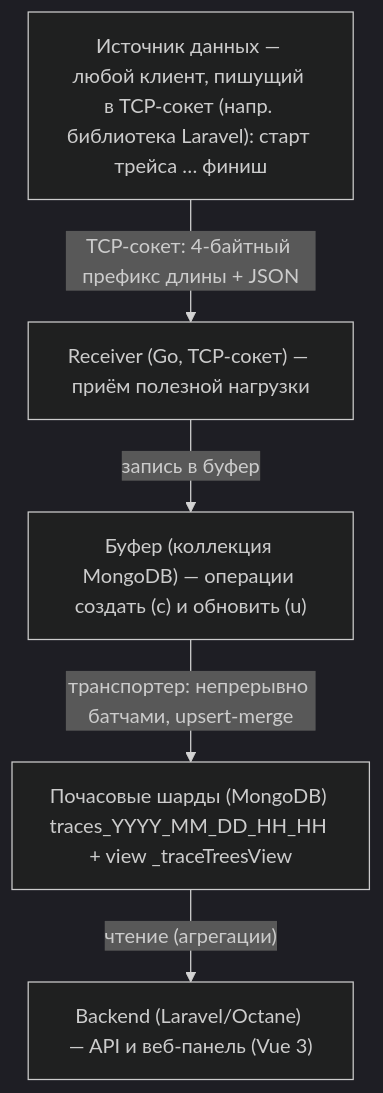
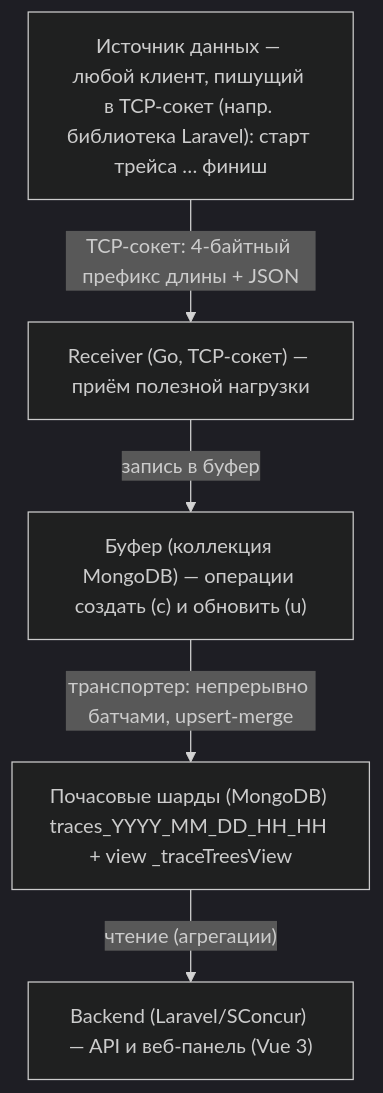
One commit to sprust/slogger changed the diagram in README.ru.md. Above: the diagram before and after it, drawn with Mermaid (dark theme). The commit also changed other lines of this file and 20 other files, not shown here.

First line of the commit message:
chore(octane): remove RoadRunner, Laravel Octane and rr-monitor

````diff
--- a/README.ru.md
+++ b/README.ru.md
@@ -27,12 +27,12 @@
 ```mermaid
 flowchart TB
     src["Источник данных — любой клиент, пишущий в TCP-сокет (напр. библиотека Laravel): старт трейса … финиш"]
     receiver["Receiver (Go, TCP-сокет) — приём полезной нагрузки"]
     buffer["Буфер (коллекция MongoDB) — операции создать (c) и обновить (u)"]
     shards["Почасовые шарды (MongoDB) traces_YYYY_MM_DD_HH_HH + view _traceTreesView"]
-    backend["Backend (Laravel/Octane) — API и веб-панель (Vue 3)"]
+    backend["Backend (Laravel/SConcur) — API и веб-панель (Vue 3)"]
     src -->|"TCP-сокет: 4-байтный префикс длины + JSON"| receiver
     receiver -->|"запись в буфер"| buffer
     buffer -->|"транспортер: непрерывно батчами, upsert-merge"| shards
     shards -->|"чтение (агрегации)"| backend
 ```
````
